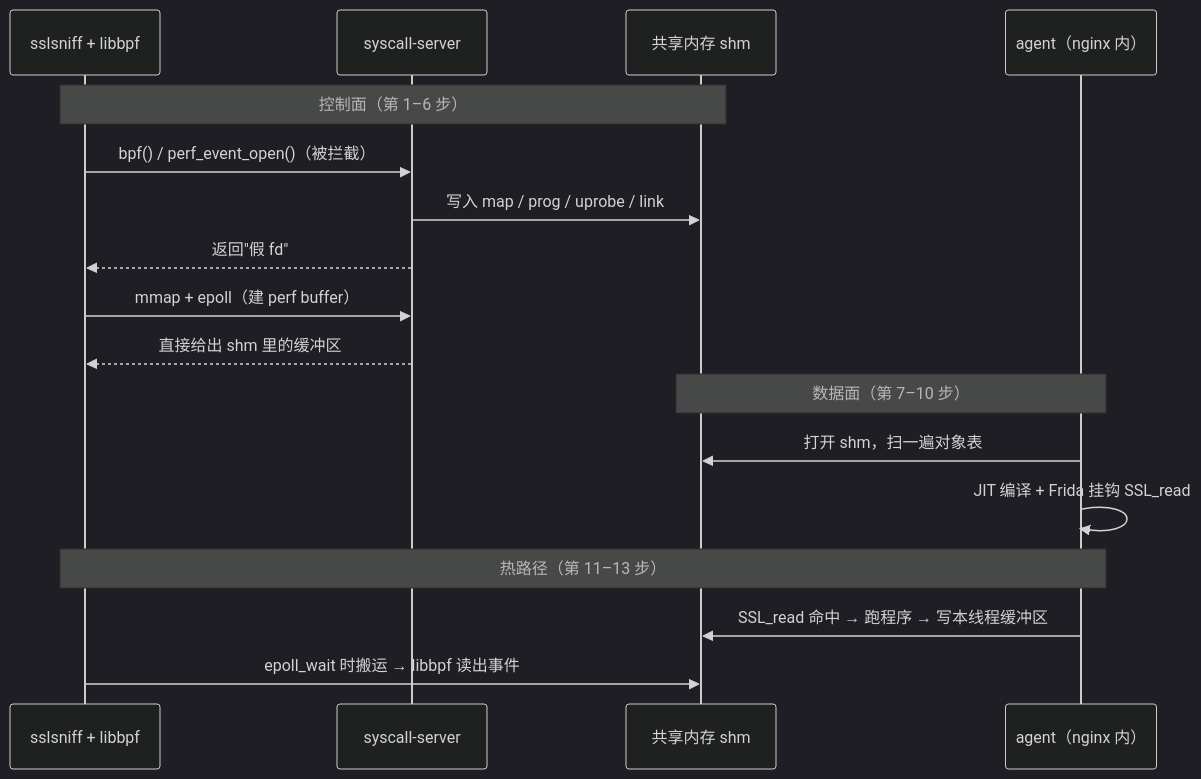
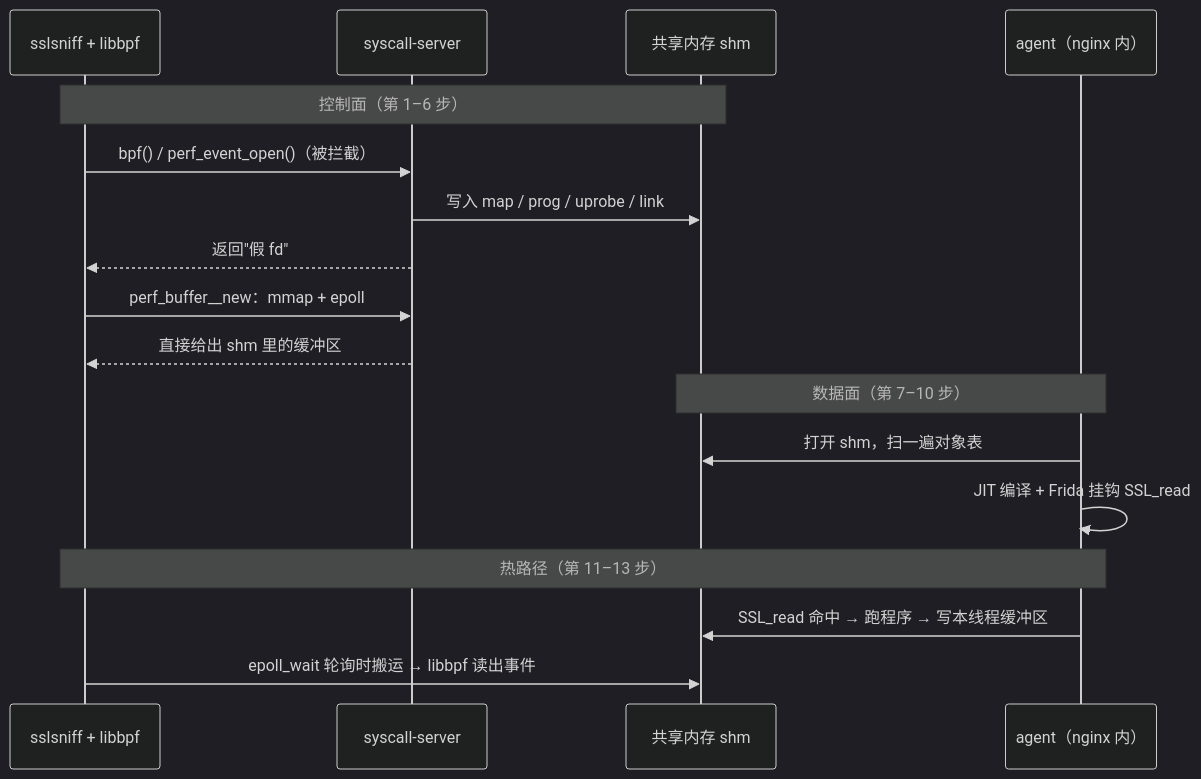
Before and after one commit to plsy1/bpftime-benchmark: the first of 4 diagrams in 01-lifecycle.md, drawn with Mermaid (dark theme). The commit also changed other lines of this file and 40 other files, not shown here.

````diff
--- a/01-lifecycle.md
+++ b/01-lifecycle.md
@@ -36,20 +45,20 @@
 ```mermaid
 sequenceDiagram
     participant L as sslsniff + libbpf
     participant S as syscall-server
     participant M as 共享内存 shm
     participant A as agent（nginx 内）
 
     Note over L,M: 控制面（第 1–6 步）
     L->>S: bpf() / perf_event_open()（被拦截）
     S->>M: 写入 map / prog / uprobe / link
     S-->>L: 返回"假 fd"
-    L->>S: mmap + epoll（建 perf buffer）
+    L->>S: perf_buffer__new：mmap + epoll
     S-->>L: 直接给出 shm 里的缓冲区
     Note over M,A: 数据面（第 7–10 步）
     A->>M: 打开 shm，扫一遍对象表
     A->>A: JIT 编译 + Frida 挂钩 SSL_read
     Note over L,A: 热路径（第 11–13 步）
     A->>M: SSL_read 命中 → 跑程序 → 写本线程缓冲区
-    L->>M: epoll_wait 时搬运 → libbpf 读出事件
+    L->>M: epoll_wait 轮询时搬运 → libbpf 读出事件
 ```
````
